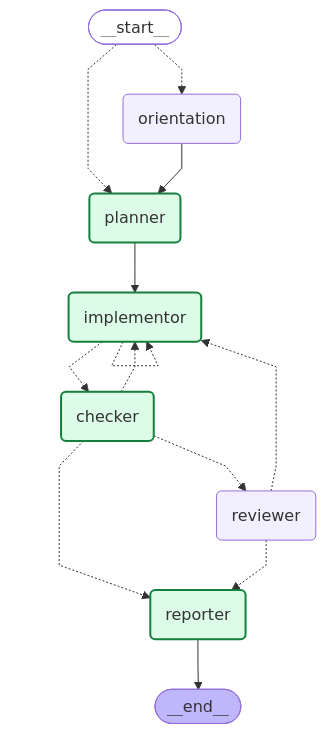
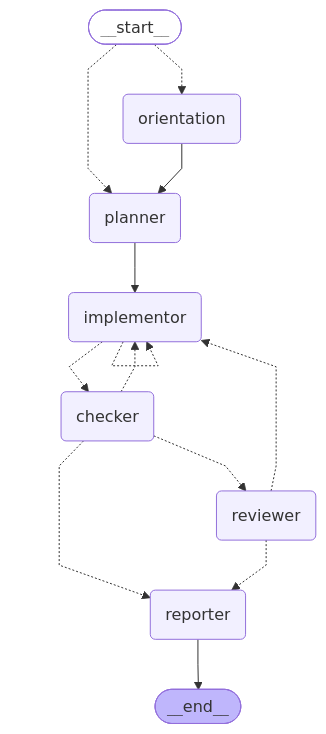
The diagram in latest/graph.mmd (daniell0gda/hermes-feature-check-dashboard), drawn with Mermaid before and after one commit. The commit also changed 64 other files, not shown here.

```diff
--- a/latest/graph.mmd
+++ b/latest/graph.mmd
@@ -1,37 +1,29 @@
 ---
 config:
   flowchart:
     curve: linear
 ---
 graph TD;
 	__start__([<p>__start__</p>]):::first
 	orientation(orientation)
 	planner(planner)
 	implementor(implementor)
 	checker(checker)
 	reviewer(reviewer)
 	reporter(reporter)
 	__end__([<p>__end__</p>]):::last
 	__start__ -.-> orientation;
 	__start__ -.-> planner;
 	checker -.-> implementor;
 	checker -.-> reporter;
 	checker -.-> reviewer;
 	implementor -.-> checker;
 	orientation --> planner;
 	planner --> implementor;
 	reviewer -.-> implementor;
 	reviewer -.-> reporter;
 	reporter --> __end__;
 	implementor -.-> implementor;
 	classDef default fill:#f2f0ff,line-height:1.2
 	classDef first fill-opacity:0
 	classDef last fill:#bfb6fc
-
-classDef done fill:#dcfce7,stroke:#15803d,stroke-width:2px;
-classDef active fill:#dbeafe,stroke:#2563eb,stroke-width:3px;
-classDef failed fill:#fee2e2,stroke:#b42318,stroke-width:2px;
-class planner done;
-class implementor done;
-class checker done;
-class reporter done;
```
